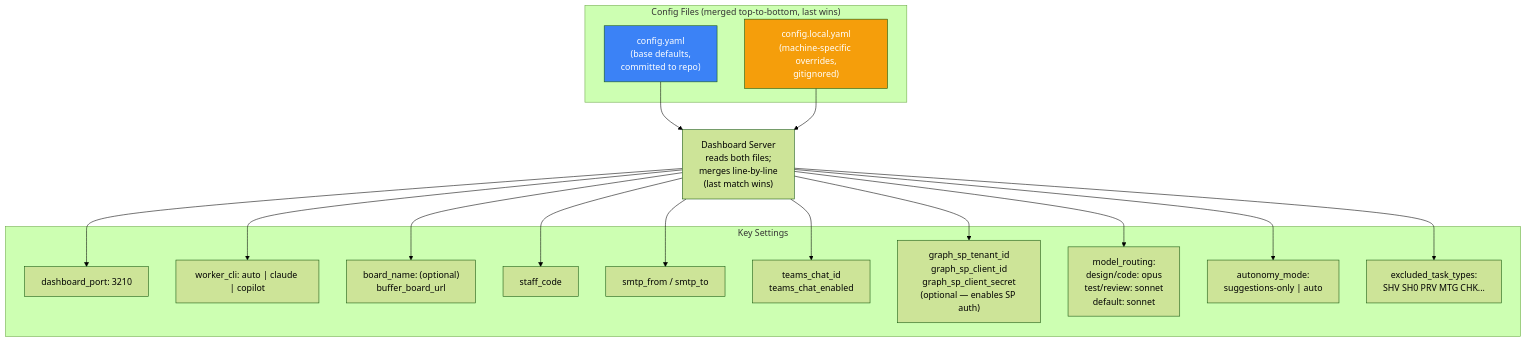
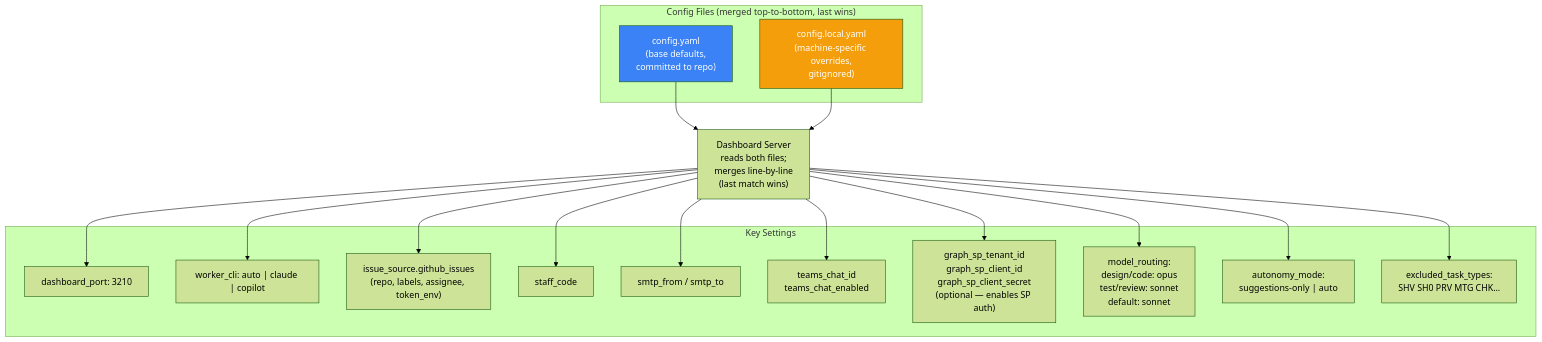
One commit to cat-hoang/ai-studio changed the tenth of 11 diagrams in docs/architecture-overview.md. Above: the diagram before and after it, drawn with Mermaid (forest theme). The commit also changed 11 other files, not shown here.

````diff
--- a/docs/architecture-overview.md
+++ b/docs/architecture-overview.md
@@ -495,36 +495,36 @@
 ```mermaid
 flowchart TD
     subgraph Files["Config Files (merged top-to-bottom, last wins)"]
         CY["config.yaml<br>(base defaults,<br>committed to repo)"]
         CL["config.local.yaml<br>(machine-specific overrides,<br>gitignored)"]
     end
 
     subgraph Keys["Key Settings"]
         K1["dashboard_port: 3210"]
         K2["worker_cli: auto | claude | copilot"]
-        K3["board_name: (optional)<br>buffer_board_url"]
+        K3["issue_source.github_issues<br>(repo, labels, assignee, token_env)"]
         K4["staff_code"]
         K5["smtp_from / smtp_to"]
         K6["teams_chat_id<br>teams_chat_enabled"]
         K7["graph_sp_tenant_id<br>graph_sp_client_id<br>graph_sp_client_secret<br>(optional — enables SP auth)"]
         K8["model_routing:<br>  design/code: opus<br>  test/review: sonnet<br>  default: sonnet"]
         K9["autonomy_mode:<br>suggestions-only | auto"]
         K10["excluded_task_types:<br>SHV SH0 PRV MTG CHK..."]
     end
 
     CY --> SRV["Dashboard Server<br>reads both files;<br>merges line-by-line<br>(last match wins)"]
     CL --> SRV
     SRV --> K1
     SRV --> K2
     SRV --> K3
     SRV --> K4
     SRV --> K5
     SRV --> K6
     SRV --> K7
     SRV --> K8
     SRV --> K9
     SRV --> K10
 
     style CY fill:#3b82f6,color:#fff
     style CL fill:#f59e0b,color:#fff
 ```
````
